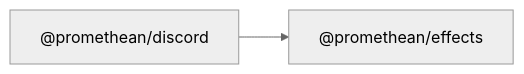
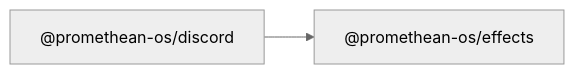
The diagram in docs/packages/effects/README.md (octave-commons/promethean), drawn with Mermaid (neutral theme) before and after one commit. The commit also changed other lines of this file and 1753 other files, not shown here.

````diff
--- a/docs/packages/effects/README.md
+++ b/docs/packages/effects/README.md
@@ -14,7 +14,7 @@
 ```mermaid
 graph LR
-  A["@promethean/effects"]
-  R1["@promethean/discord"]
-  R1["@promethean/discord"] --> A
-  click R1 "../discord/README.md" "@promethean/discord"
+  A["@promethean-os/effects"]
+  R1["@promethean-os/discord"]
+  R1["@promethean-os/discord"] --> A
+  click R1 "../discord/README.md" "@promethean-os/discord"
 ```
````
